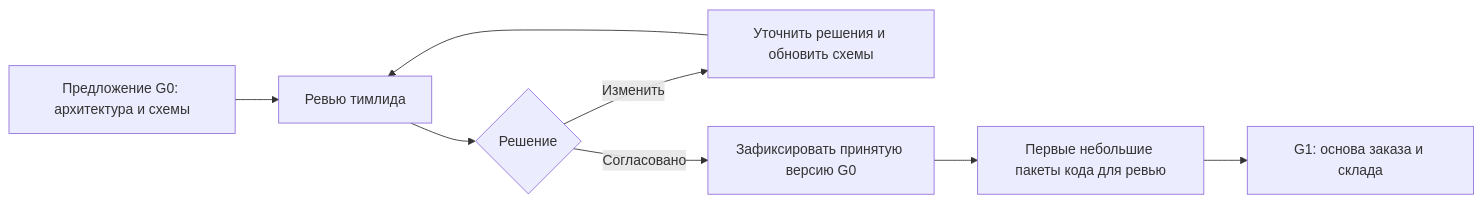
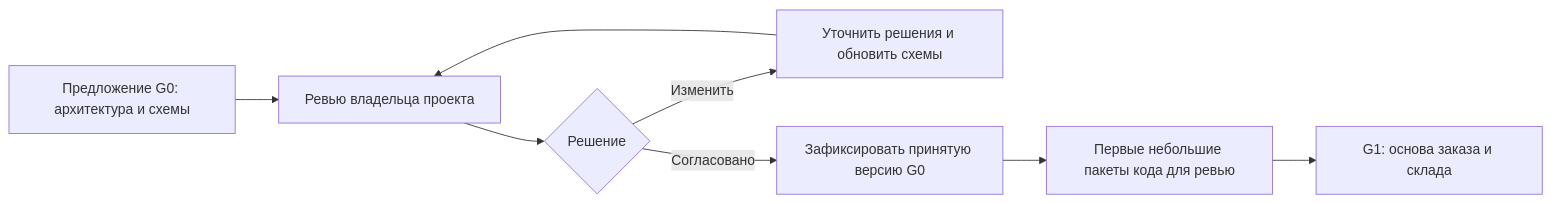
Diagram 15 of 15 in docs/architecture/PROCESSES.md (Includeoyasi/faultline-lab), drawn with Mermaid before and after one commit. The commit also changed other lines of this file and 28 other files, not shown here.

````diff
--- a/docs/architecture/PROCESSES.md
+++ b/docs/architecture/PROCESSES.md
@@ -431,10 +431,10 @@
 ```mermaid
 flowchart LR
-    P["Предложение G0: архитектура и схемы"] --> R["Ревью тимлида"]
+    P["Предложение G0: архитектура и схемы"] --> R["Ревью владельца проекта"]
     R --> D{"Решение"}
     D -->|Изменить| C["Уточнить решения и обновить схемы"]
     C --> R
     D -->|Согласовано| G["Зафиксировать принятую версию G0"]
     G --> CODE["Первые небольшие пакеты кода для ревью"]
     CODE --> G1["G1: основа заказа и склада"]
 ```
````
